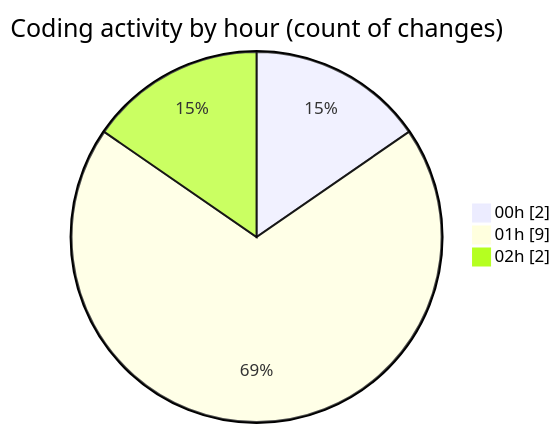
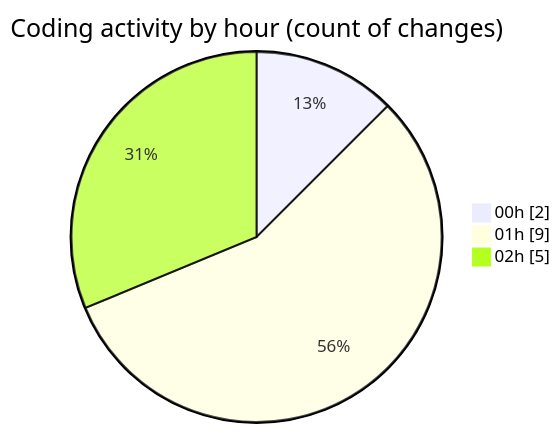
One commit to julien-gomy/code-tracking changed the second of 2 diagrams in 2025-10-17/cdp_aleoudev_fr__workspace_/README.md. Above: the diagram before and after it, drawn with Mermaid. The commit also changed other lines of this file and 1 other file, not shown here.

````diff
--- a/2025-10-17/cdp_aleoudev_fr__workspace_/README.md
+++ b/2025-10-17/cdp_aleoudev_fr__workspace_/README.md
@@ -32,7 +32,7 @@
 ```mermaid
 pie showData
 title Coding activity by hour (count of changes)
 "00h" : 2
 "01h" : 9
-"02h" : 2
+"02h" : 5
 ```
````
